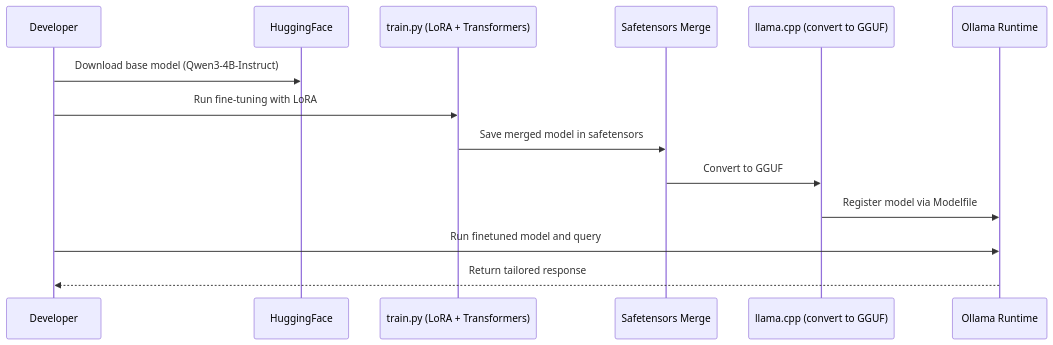
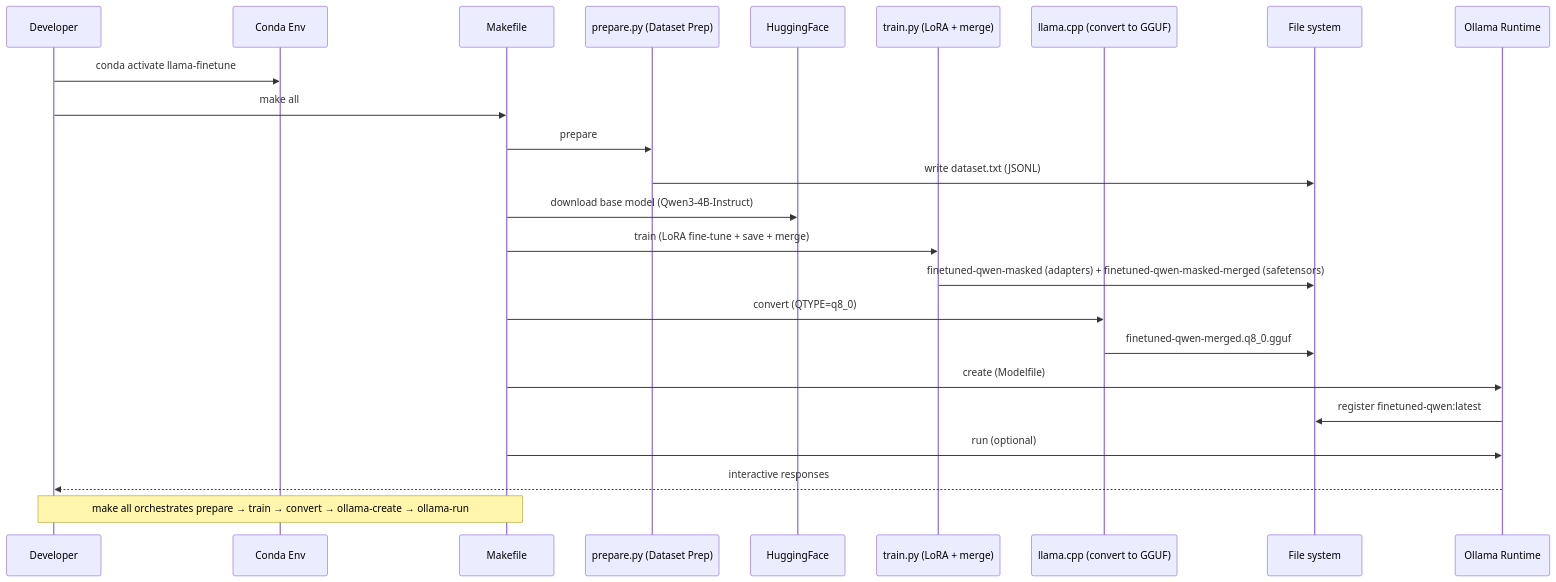
Before and after one commit to dalchr/llama-finetune: the diagram in README.md, drawn with Mermaid. The commit also changed other lines of this file and 4 other files, not shown here.

Commit message:
Split prepare.py (dataset.txt) and train.py into separate steps in the pipeline

````diff
--- a/README.md
+++ b/README.md
@@ -255,16 +256,28 @@
 ```mermaid
 sequenceDiagram
     participant Dev as Developer
+    participant Env as Conda Env
+    participant Make as Makefile
+    participant Prep as prepare.py (Dataset Prep)
     participant HF as HuggingFace
-    participant Train as train.py (LoRA + Transformers)
-    participant Merge as Safetensors Merge
+    participant Train as train.py (LoRA + merge)
     participant LCPP as llama.cpp (convert to GGUF)
+    participant FS as File system
     participant Ollama as Ollama Runtime
-    Dev ->> HF: Download base model (Qwen3-4B-Instruct)
-    Dev ->> Train: Run fine-tuning with LoRA
-    Train ->> Merge: Save merged model in safetensors
-    Merge ->> LCPP: Convert to GGUF
-    LCPP ->> Ollama: Register model via Modelfile
-    Dev ->> Ollama: Run finetuned model and query
-    Ollama -->> Dev: Return tailored response
+
+    Dev ->> Env: conda activate llama-finetune
+    Dev ->> Make: make all
+    Make ->> Prep: prepare
+    Prep ->> FS: write dataset.txt (JSONL)
+    Make ->> HF: download base model (Qwen3-4B-Instruct)
+    Make ->> Train: train (LoRA fine-tune + save + merge)
+    Train ->> FS: finetuned-qwen-masked (adapters) + finetuned-qwen-masked-merged (safetensors)
+    Make ->> LCPP: convert (QTYPE=q8_0)
+    LCPP ->> FS: finetuned-qwen-merged.q8_0.gguf
+    Make ->> Ollama: create (Modelfile)
+    Ollama ->> FS: register finetuned-qwen:latest
+    Make ->> Ollama: run (optional)
+    Ollama -->> Dev: interactive responses
+
+    Note over Dev,Make: make all orchestrates prepare → train → convert → ollama-create → ollama-run
 ```
````
